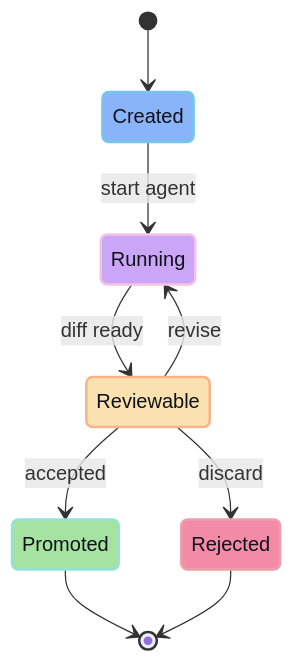
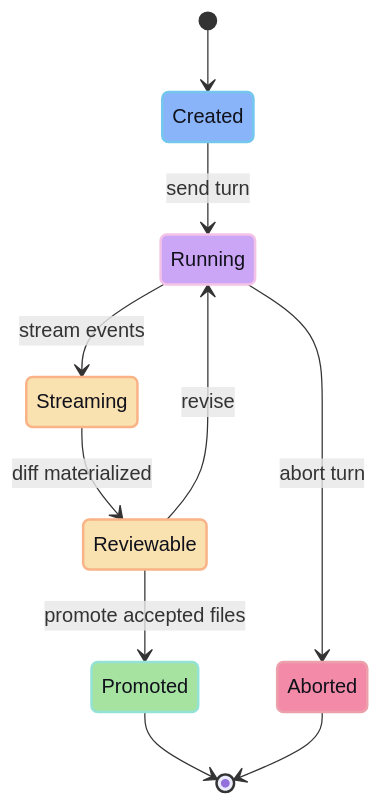
The diagram in src/content/docs/concepts/sessions.md (cloudboy-jh/glib-code-docs), drawn with Mermaid before and after one commit. The commit also changed other lines of this file and 18 other files, not shown here.

Commit message:
Rebuild docs IA and diagrams

````diff
--- a/src/content/docs/concepts/sessions.md
+++ b/src/content/docs/concepts/sessions.md
@@ -10,23 +20,24 @@
 ```mermaid
 stateDiagram-v2
   [*] --> Created
-  Created --> Running: start agent
-  Running --> Reviewable: diff ready
-  Reviewable --> Promoted: accepted
+  Created --> Running: send turn
+  Running --> Streaming: stream events
+  Streaming --> Reviewable: diff materialized
   Reviewable --> Running: revise
-  Reviewable --> Rejected: discard
+  Reviewable --> Promoted: promote accepted files
+  Running --> Aborted: abort turn
   Promoted --> [*]
-  Rejected --> [*]
+  Aborted --> [*]
 
   classDef created fill:#89b4fa,stroke:#74c7ec,color:#11111b,stroke-width:2px
   classDef active fill:#cba6f7,stroke:#f5c2e7,color:#11111b,stroke-width:2px
   classDef review fill:#f9e2af,stroke:#fab387,color:#11111b,stroke-width:2px
   classDef done fill:#a6e3a1,stroke:#94e2d5,color:#11111b,stroke-width:2px
   classDef bad fill:#f38ba8,stroke:#eba0ac,color:#11111b,stroke-width:2px
 
   class Created created
   class Running active
-  class Reviewable review
+  class Streaming,Reviewable review
   class Promoted done
-  class Rejected bad
+  class Aborted bad
 ```
````
